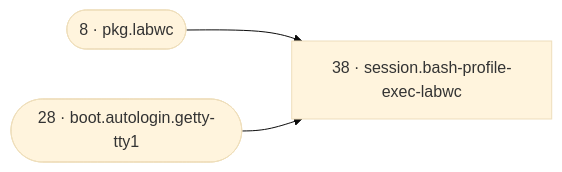
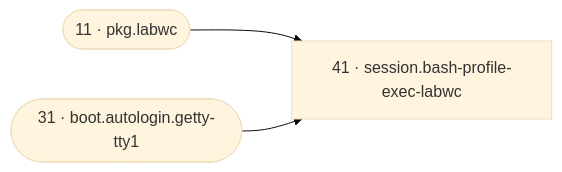
One commit to SixFive7/FrameLink changed diagram 11 of 21 in reference/reconcile-dag.md. Above: the diagram before and after it, drawn with Mermaid (base theme). The commit also changed other lines of this file and 12 other files, not shown here.

````diff
--- a/reference/reconcile-dag.md
+++ b/reference/reconcile-dag.md
@@ -374,8 +383,8 @@
 ```mermaid
 flowchart LR
-  r38["38 · session.bash-profile-exec-labwc"]
-  r8(["8 · pkg.labwc"])
-  r28(["28 · boot.autologin.getty-tty1"])
-  r8 --> r38
-  r28 --> r38
+  r41["41 · session.bash-profile-exec-labwc"]
+  r11(["11 · pkg.labwc"])
+  r31(["31 · boot.autologin.getty-tty1"])
+  r11 --> r41
+  r31 --> r41
 ```
````
